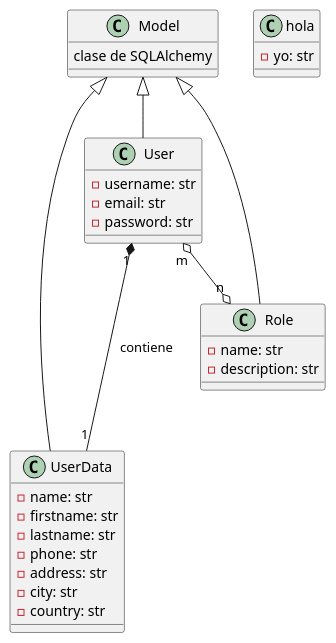
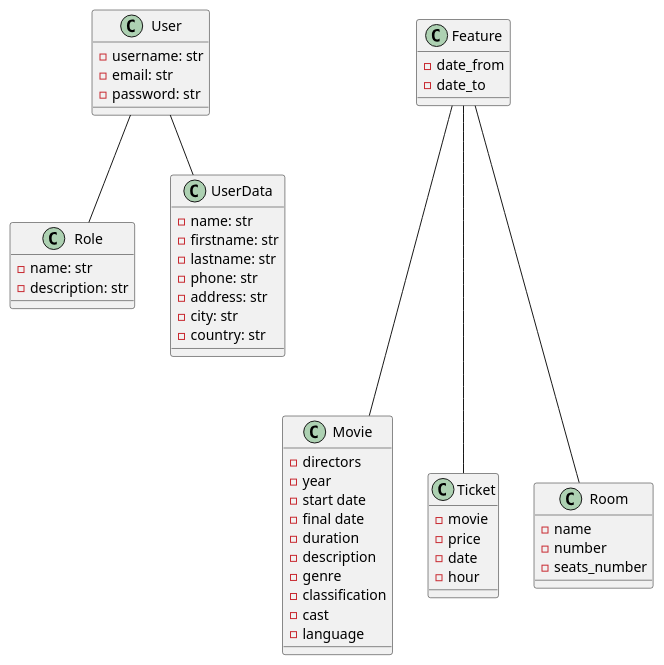
Before and after one commit to ivanjcs/desarrollo-software: the diagram in docs/diagrama_1.puml, drawn with PlantUML.

Commit message:
diagrama uml completo sin relaciones

```diff
--- a/docs/diagrama_1.puml
+++ b/docs/diagrama_1.puml
@@ -1,35 +1,62 @@
-@startuml Diagram de Clases
-class Model {
- clase de SQLAlchemy
-}
+@startuml Diagrama de cine
 
 class User {
     - username: str
     - email: str
     - password: str
 }
 
-class UserData{
+class Role {
+    - name: str
+    - description: str
+}
+
+class UserData {
     - name: str
     - firstname: str
     - lastname: str
     - phone: str
     - address: str
     - city: str
     - country: str
 }
 
-class Role {
-    - name: str
-    - description: str
+class Movie {
+    - directors
+    - year
+    - start date
+    - final date
+    - duration
+    - description
+    - genre
+    - classification
+    - cast
+    - language
 }
 
-class hola {
-    - yo: str
+class Ticket {
+    - movie
+    - price
+    - date
+    - hour
 }
-Model <|-- User
-Model <|-- Role
-Model <|-- UserData
-User "1" *--- "1" UserData : contiene
-User "m" o--o "n" Role
+
+class Room {
+    - name
+    - number
+    - seats_number 
+}
+
+class Feature {
+    - date_from
+    - date_to
+}
+
+Feature --- Room
+Feature --- Movie
+Feature --- Ticket
+
+User -- UserData
+User -- Role
+
 @enduml
```
